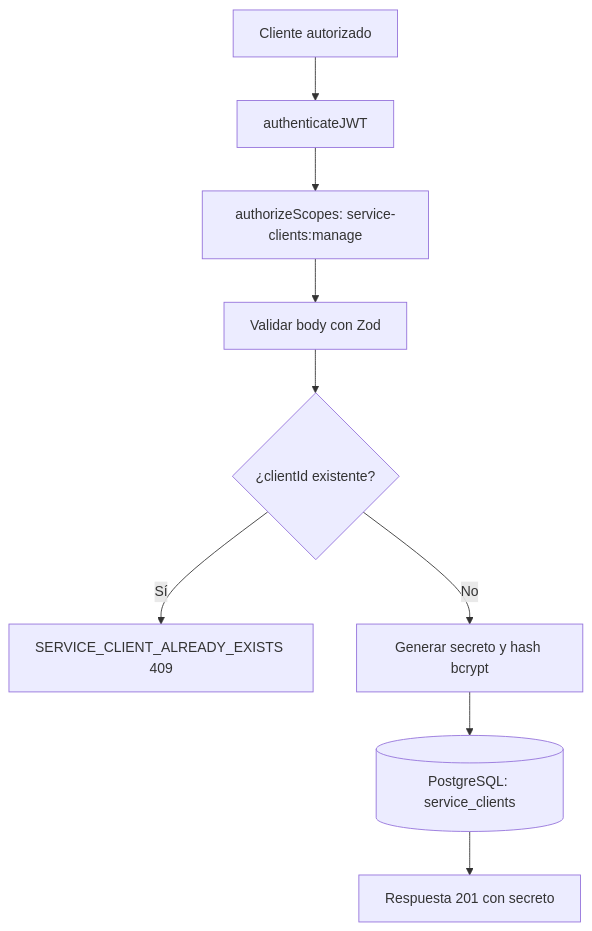
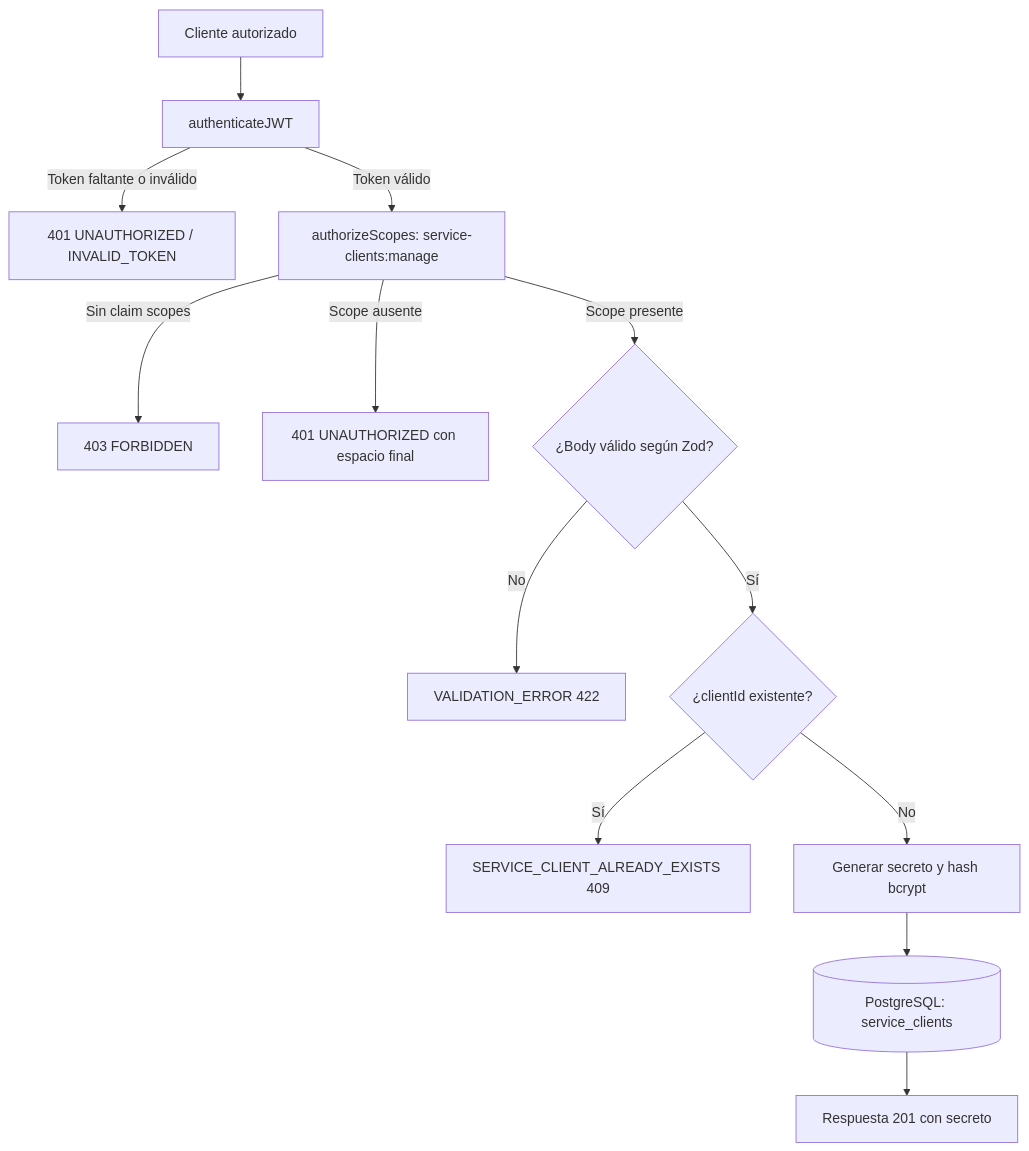
Before and after one commit to jac2206/chasis-express-ts: the diagram in docs/use-case/create-service-client.md, drawn with Mermaid. The commit also changed other lines of this file and 25 other files, not shown here.

````diff
--- a/docs/use-case/create-service-client.md
+++ b/docs/use-case/create-service-client.md
@@ -73,11 +74,15 @@
 ```mermaid
 flowchart TD
     A[Cliente autorizado] --> B[authenticateJWT]
-    B --> C[authorizeScopes: service-clients:manage]
-    C --> D[Validar body con Zod]
-    D --> E{¿clientId existente?}
+    B -->|Token faltante o inválido| X[401 UNAUTHORIZED / INVALID_TOKEN]
+    B -->|Token válido| C[authorizeScopes: service-clients:manage]
+    C -->|Sin claim scopes| Y[403 FORBIDDEN]
+    C -->|Scope ausente| Z[401 UNAUTHORIZED con espacio final]
+    C -->|Scope presente| D{¿Body válido según Zod?}
+    D -- No --> V[VALIDATION_ERROR 422]
+    D -- Sí --> E{¿clientId existente?}
     E -- Sí --> F[SERVICE_CLIENT_ALREADY_EXISTS 409]
     E -- No --> G[Generar secreto y hash bcrypt]
     G --> H[(PostgreSQL: service_clients)]
     H --> I[Respuesta 201 con secreto]
 ```
````
